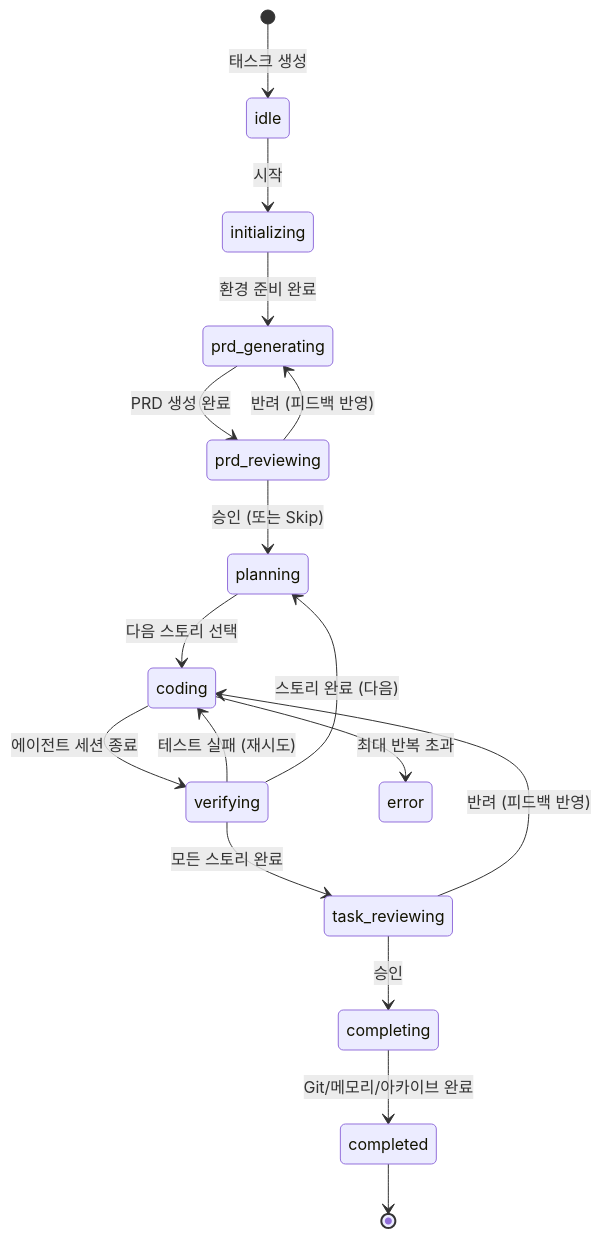
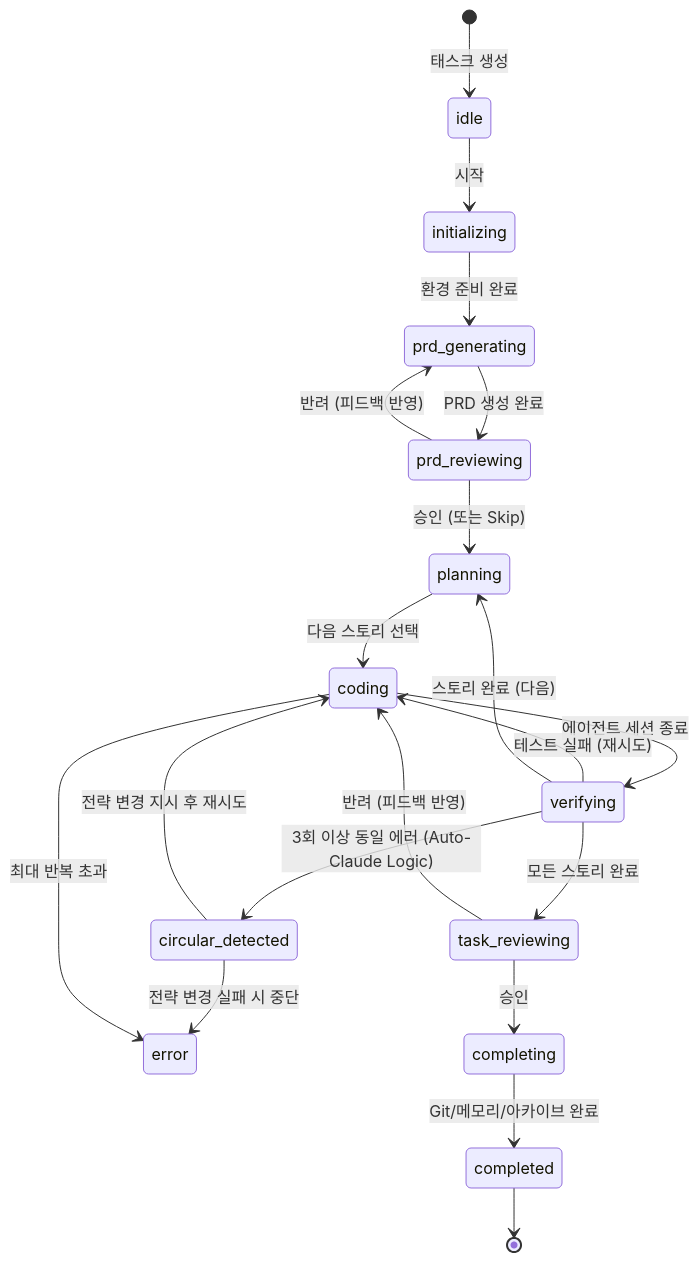
The diagram in tasks/specs/phases/phase7-orchestrator.md (soilSpoon/ralph-web), drawn with Mermaid before and after one commit. The commit also changed other lines of this file and 15 other files, not shown here.

````diff
--- a/tasks/specs/phases/phase7-orchestrator.md
+++ b/tasks/specs/phases/phase7-orchestrator.md
@@ -22,26 +24,31 @@
 ```mermaid
 stateDiagram-v2
     [*] --> idle: 태스크 생성
 
     idle --> initializing: 시작
     initializing --> prd_generating: 환경 준비 완료
 
     prd_generating --> prd_reviewing: PRD 생성 완료
     prd_reviewing --> prd_generating: 반려 (피드백 반영)
     prd_reviewing --> planning: 승인 (또는 Skip)
 
     planning --> coding: 다음 스토리 선택
     coding --> verifying: 에이전트 세션 종료
 
     verifying --> coding: 테스트 실패 (재시도)
+    verifying --> circular_detected: 3회 이상 동일 에러 (Auto-Claude Logic)
+    
+    circular_detected --> coding: 전략 변경 지시 후 재시도
+    circular_detected --> error: 전략 변경 실패 시 중단
+
     verifying --> planning: 스토리 완료 (다음)
     verifying --> task_reviewing: 모든 스토리 완료
 
     task_reviewing --> coding: 반려 (피드백 반영)
     task_reviewing --> completing: 승인
 
     completing --> completed: Git/메모리/아카이브 완료
 
     coding --> error: 최대 반복 초과
     completed --> [*]
 ```
````
